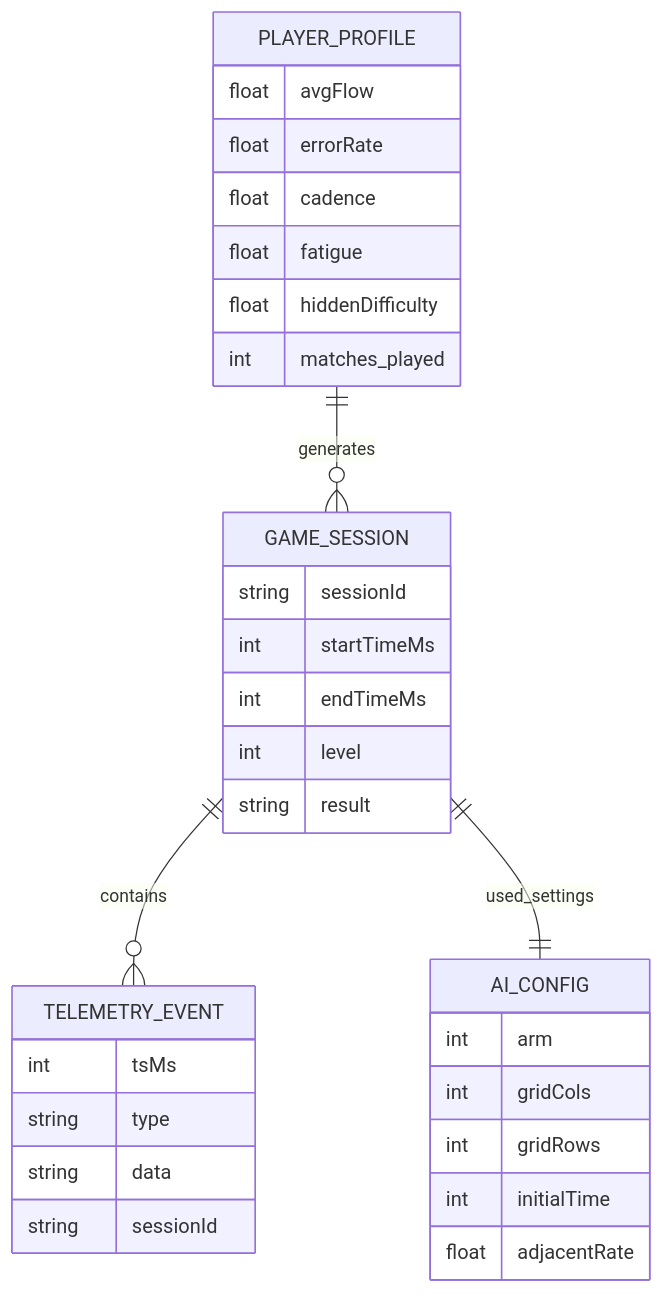
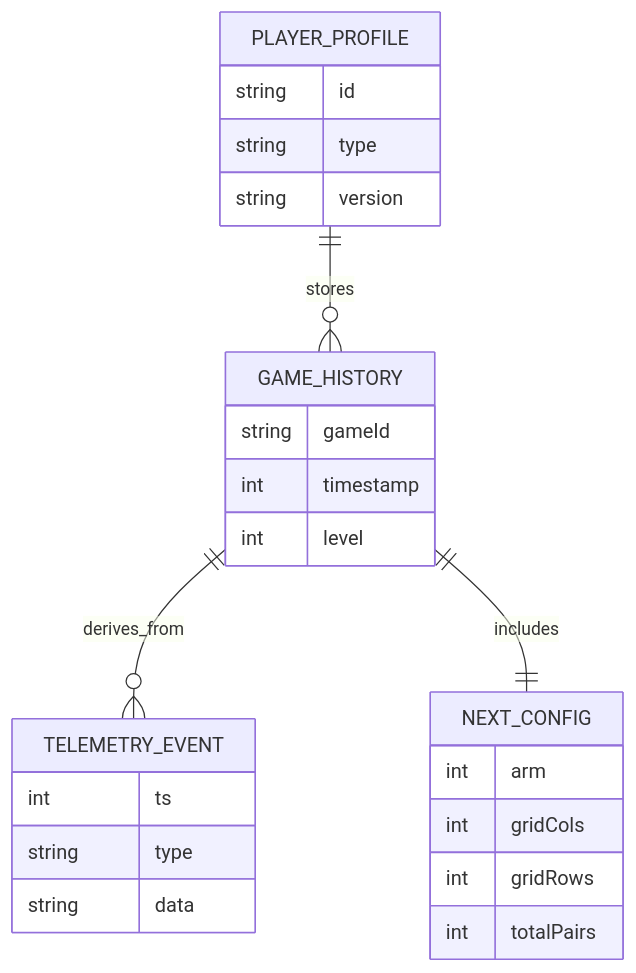
Before and after one commit to DDMYmia/Memory-Game-He-Maumahara: the seventh of 7 diagrams in docs/SYSTEM_DIAGRAMS.md, drawn with Mermaid. The commit also changed other lines of this file and 17 other files, not shown here.

````diff
--- a/docs/SYSTEM_DIAGRAMS.md
+++ b/docs/SYSTEM_DIAGRAMS.md
@@ -311,39 +254,31 @@
 ```mermaid
 erDiagram
     PLAYER_PROFILE {
-        float avgFlow
-        float errorRate
-        float cadence
-        float fatigue
-        float hiddenDifficulty
-        int matches_played
+        string id
+        string type
+        string version
     }
 
-    GAME_SESSION {
-        string sessionId
-        int startTimeMs
-        int endTimeMs
+    GAME_HISTORY {
+        string gameId
+        int timestamp
         int level
-        string result
     }
 
     TELEMETRY_EVENT {
-        int tsMs
+        int ts
         string type
         string data
-        string sessionId
     }
 
-    AI_CONFIG {
+    NEXT_CONFIG {
         int arm
         int gridCols
         int gridRows
-        int initialTime
-        float adjacentRate
+        int totalPairs
     }
 
-    PLAYER_PROFILE ||--o{ GAME_SESSION : generates
-    GAME_SESSION ||--o{ TELEMETRY_EVENT : contains
-    GAME_SESSION ||--|| AI_CONFIG : used_settings
-
+    PLAYER_PROFILE ||--o{ GAME_HISTORY : stores
+    GAME_HISTORY ||--o{ TELEMETRY_EVENT : derives_from
+    GAME_HISTORY ||--|| NEXT_CONFIG : includes
 ```
````
